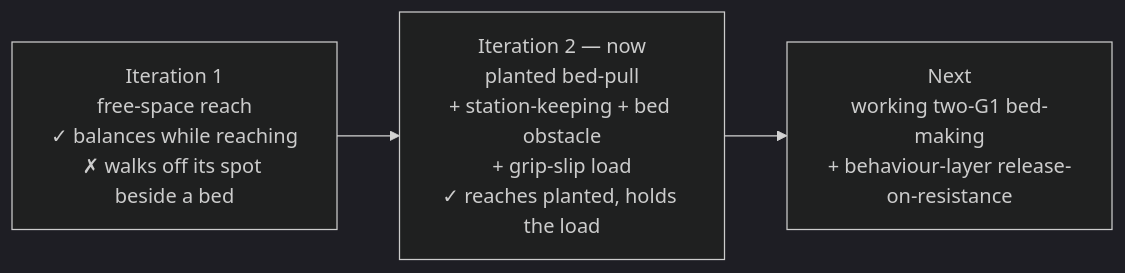
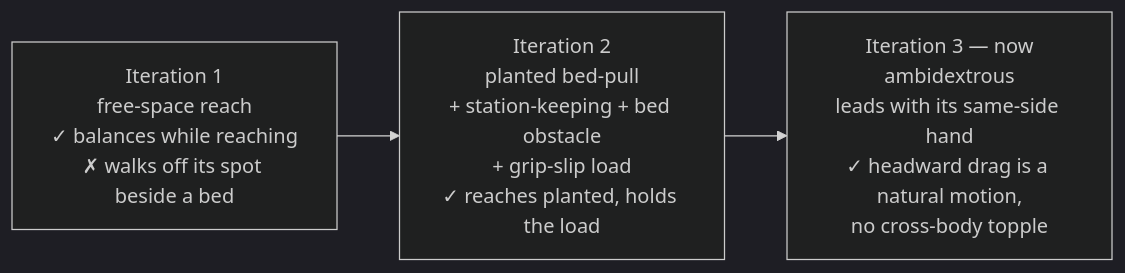
The first of 2 diagrams in examples/isaac_bed_making/RL_WHOLE_BODY_REACH.md (armwaheed/robots), drawn with Mermaid (dark theme) before and after one commit. The commit also changed other lines of this file and 15 other files, not shown here.

First line of the commit message:
Isaac bed-making: ambidextrous whole-body reach RL + walk-in + robotics-connect real-to-sim perception

````diff
--- a/examples/isaac_bed_making/RL_WHOLE_BODY_REACH.md
+++ b/examples/isaac_bed_making/RL_WHOLE_BODY_REACH.md
@@ -101,7 +102,7 @@
 ```mermaid
 flowchart LR
     V1["Iteration 1<br/>free-space reach<br/>✓ balances while reaching<br/>✗ walks off its spot beside a bed"]
-    V2["Iteration 2 — now<br/>planted bed-pull<br/>+ station-keeping + bed obstacle<br/>+ grip-slip load<br/>✓ reaches planted, holds the load"]
-    V3["Next<br/>working two-G1 bed-making<br/>+ behaviour-layer release-on-resistance"]
+    V2["Iteration 2<br/>planted bed-pull<br/>+ station-keeping + bed obstacle<br/>+ grip-slip load<br/>✓ reaches planted, holds the load"]
+    V3["Iteration 3 — now<br/>ambidextrous<br/>leads with its same-side hand<br/>✓ headward drag is a natural motion,<br/>no cross-body topple"]
     V1 --> V2 --> V3
 ```
````
